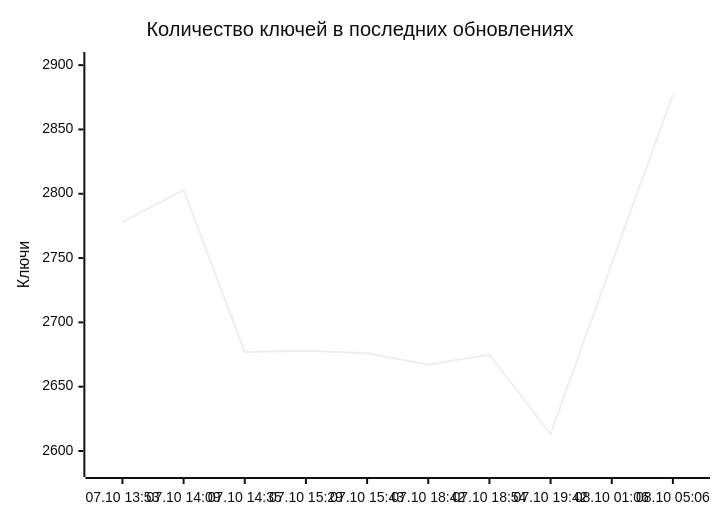
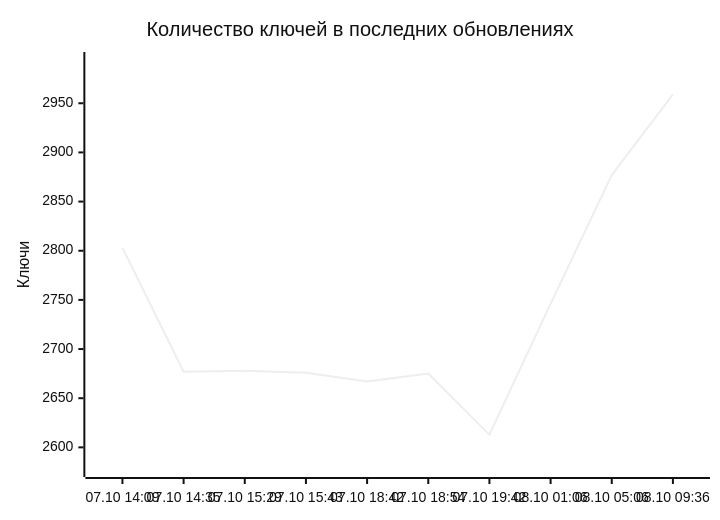
Before and after one commit to markKikhtenko/WireVeil: the diagram in README.md, drawn with Mermaid (neutral theme). The commit also changed other lines of this file and 12 other files, not shown here.

````diff
--- a/README.md
+++ b/README.md
@@ -55,7 +55,7 @@
 ```mermaid
 xychart-beta
     title "Количество ключей в последних обновлениях"
-    x-axis ["07.10 13:53", "07.10 14:09", "07.10 14:35", "07.10 15:29", "07.10 15:43", "07.10 18:42", "07.10 18:54", "07.10 19:42", "08.10 01:06", "08.10 05:06"]
-    y-axis "Ключи" 2586 --> 2904
-    line [2778, 2803, 2677, 2678, 2676, 2667, 2675, 2613, 2746, 2877]
+    x-axis ["07.10 14:09", "07.10 14:35", "07.10 15:29", "07.10 15:43", "07.10 18:42", "07.10 18:54", "07.10 19:42", "08.10 01:06", "08.10 05:06", "08.10 09:36"]
+    y-axis "Ключи" 2578 --> 2994
+    line [2803, 2677, 2678, 2676, 2667, 2675, 2613, 2746, 2877, 2959]
 ```
````
